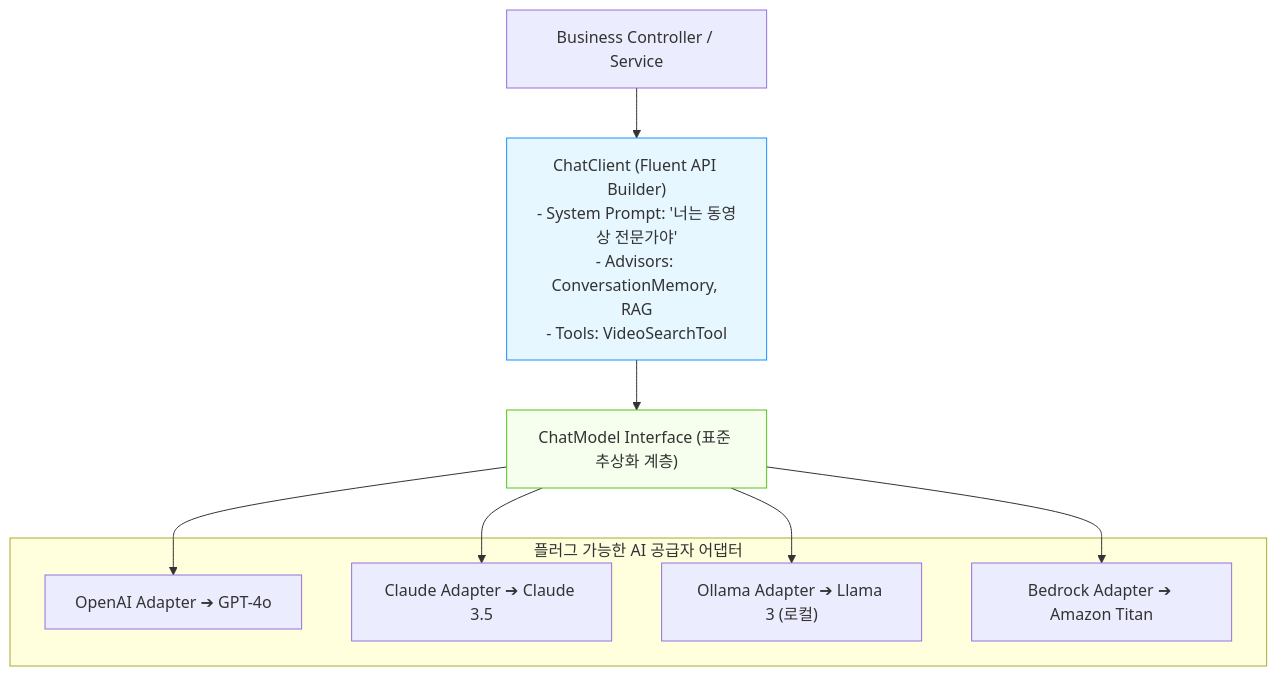
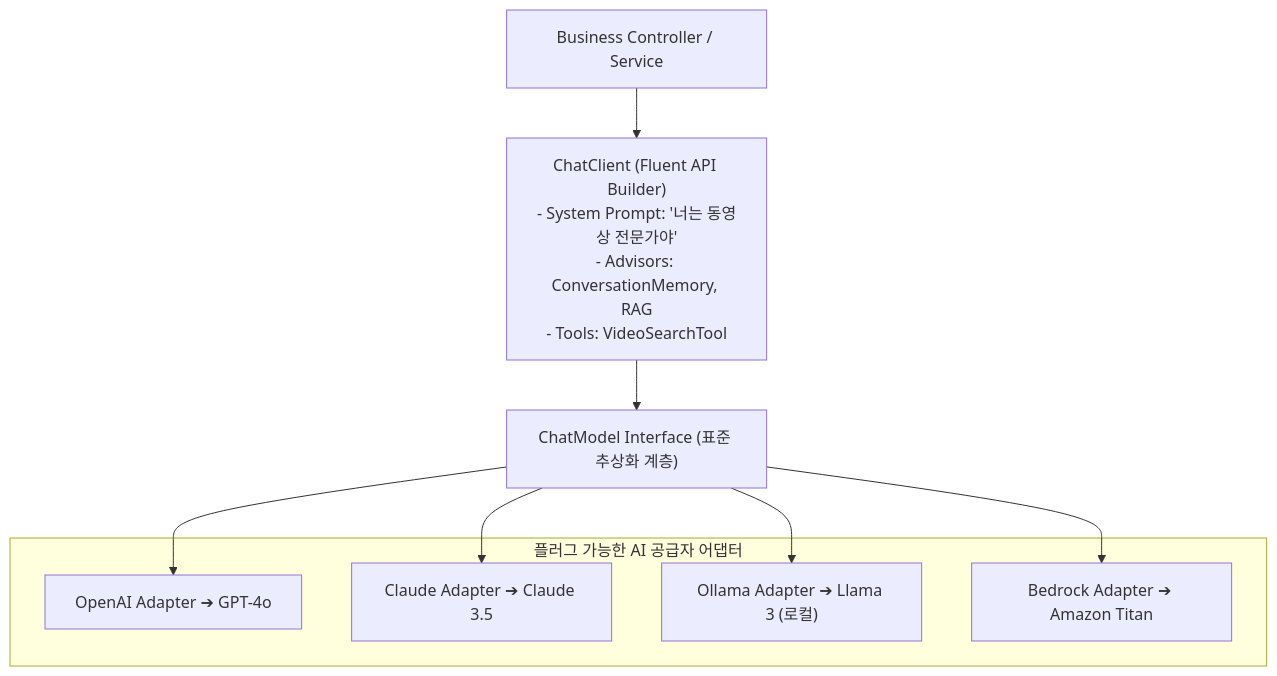
The diagram in spring-boot-notes/07-ai/01-spring-ai-architecture-and-chatclient.md (sing-u8/Learning_Spring_Boot_4), drawn with Mermaid before and after one commit. The commit also changed 5 other files, not shown here.

Commit message:
fix(diagrams): remove hardcoded bright pastel styles for optimal dark mode readability

````diff
--- a/spring-boot-notes/07-ai/01-spring-ai-architecture-and-chatclient.md
+++ b/spring-boot-notes/07-ai/01-spring-ai-architecture-and-chatclient.md
@@ -73,18 +73,15 @@
 ```mermaid
 flowchart TD
     App["Business Controller / Service"] --> Client["ChatClient (Fluent API Builder)<br/>- System Prompt: '너는 동영상 전문가야'<br/>- Advisors: ConversationMemory, RAG<br/>- Tools: VideoSearchTool"]
     
     Client --> Model["ChatModel Interface (표준 추상화 계층)"]
 
     subgraph Providers ["플러그 가능한 AI 공급자 어댑터"]
         M1["OpenAI Adapter ➔ GPT-4o"]
         M2["Claude Adapter ➔ Claude 3.5"]
         M3["Ollama Adapter ➔ Llama 3 (로컬)"]
         M4["Bedrock Adapter ➔ Amazon Titan"]
     end
 
     Model --> M1 & M2 & M3 & M4
-
-    style Client fill:#e6f7ff,stroke:#1890ff
-    style Model fill:#f6ffed,stroke:#52c41a
 ```
````
